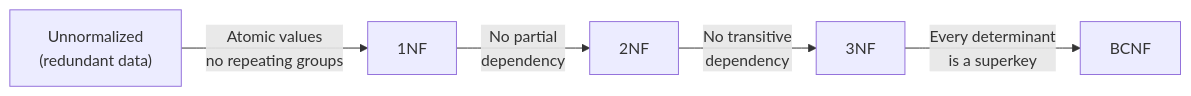
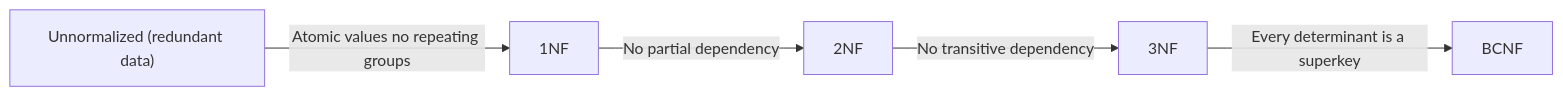
The seventh of 7 diagrams in sql.md (naveenkumar1661997/notes), drawn with Mermaid before and after one commit. The commit also changed other lines of this file and 12 other files, not shown here.

```diff
--- a/sql.md
+++ b/sql.md
@@ -284,7 +284,7 @@
 <pre class="mermaid">
 flowchart LR
-    RAW["Unnormalized\n(redundant data)"] -->|"Atomic values\nno repeating groups"| N1["1NF"]
-    N1 -->|"No partial\ndependency"| N2["2NF"]
-    N2 -->|"No transitive\ndependency"| N3["3NF"]
-    N3 -->|"Every determinant\nis a superkey"| BCNF["BCNF"]
+    RAW["Unnormalized (redundant data)"] -->|"Atomic values no repeating groups"| N1["1NF"]
+    N1 -->|"No partial dependency"| N2["2NF"]
+    N2 -->|"No transitive dependency"| N3["3NF"]
+    N3 -->|"Every determinant is a superkey"| BCNF["BCNF"]
 </pre>
```
